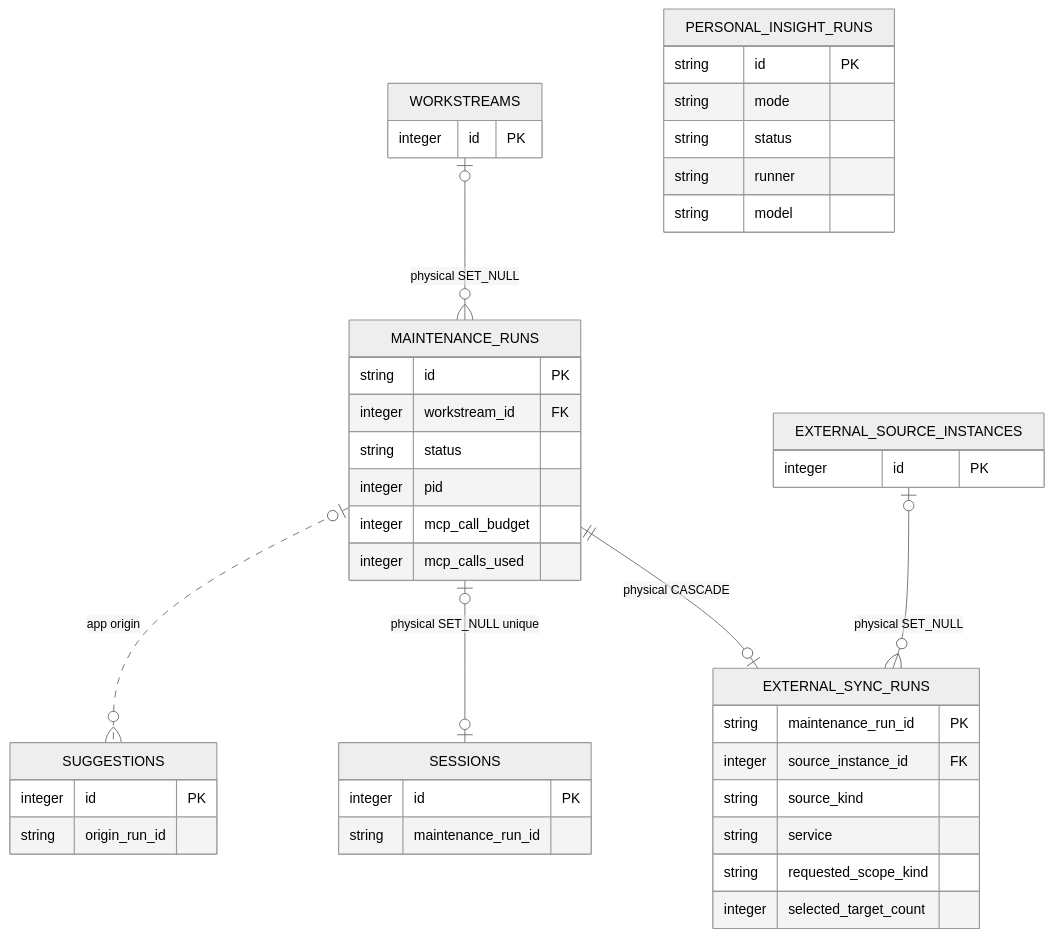
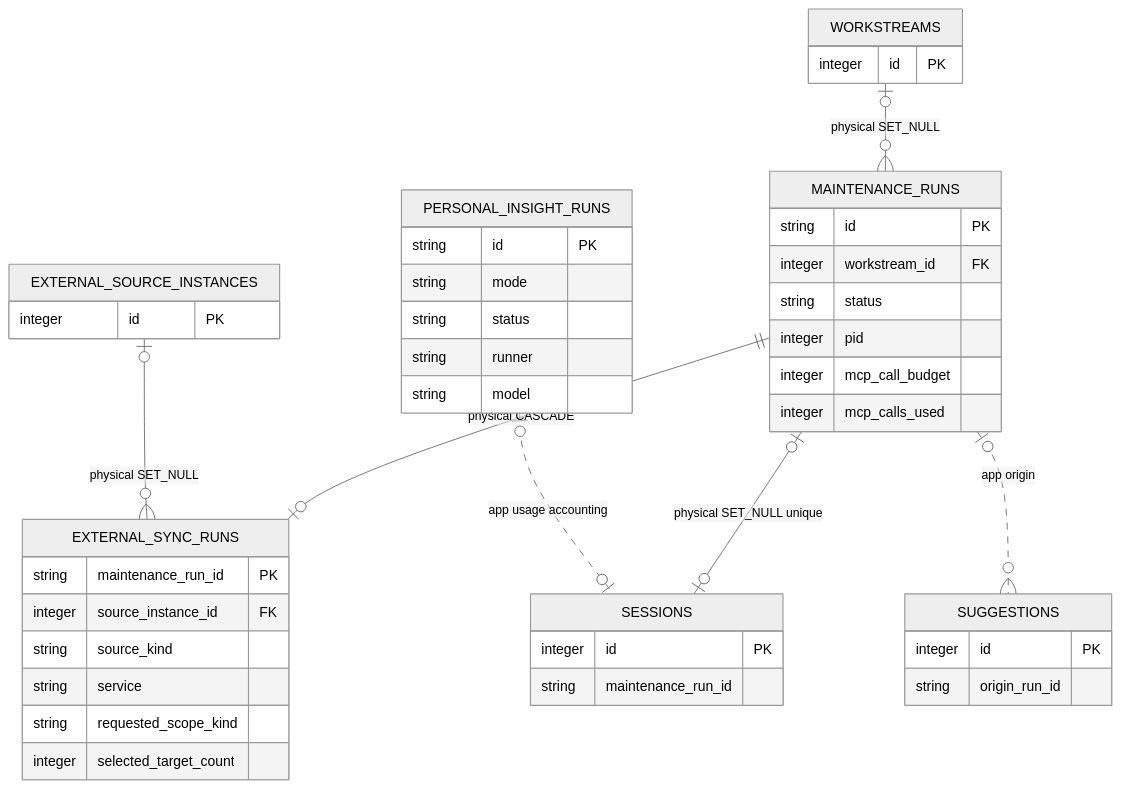
The diagram in docs/policies/project/data-model/maintenance-execution.md (chochita0311/local-brain), drawn with Mermaid (neutral theme) before and after one commit. The commit also changed other lines of this file and 104 other files, not shown here.

````diff
--- a/docs/policies/project/data-model/maintenance-execution.md
+++ b/docs/policies/project/data-model/maintenance-execution.md
@@ -11,36 +11,37 @@
 ```mermaid
 erDiagram
     WORKSTREAMS { integer id PK }
     MAINTENANCE_RUNS {
         string id PK
         integer workstream_id FK
         string status
         integer pid
         integer mcp_call_budget
         integer mcp_calls_used
     }
     EXTERNAL_SYNC_RUNS {
         string maintenance_run_id PK
         integer source_instance_id FK
         string source_kind
         string service
         string requested_scope_kind
         integer selected_target_count
     }
     PERSONAL_INSIGHT_RUNS {
         string id PK
         string mode
         string status
         string runner
         string model
     }
     EXTERNAL_SOURCE_INSTANCES { integer id PK }
     SESSIONS { integer id PK string maintenance_run_id }
     SUGGESTIONS { integer id PK string origin_run_id }
 
     WORKSTREAMS o|--o{ MAINTENANCE_RUNS : "physical SET_NULL"
     MAINTENANCE_RUNS ||--o| EXTERNAL_SYNC_RUNS : "physical CASCADE"
     EXTERNAL_SOURCE_INSTANCES o|--o{ EXTERNAL_SYNC_RUNS : "physical SET_NULL"
     MAINTENANCE_RUNS o|--o| SESSIONS : "physical SET_NULL unique"
+    PERSONAL_INSIGHT_RUNS o|..o| SESSIONS : "app usage accounting"
     MAINTENANCE_RUNS o|..o{ SUGGESTIONS : "app origin"
 ```
````
